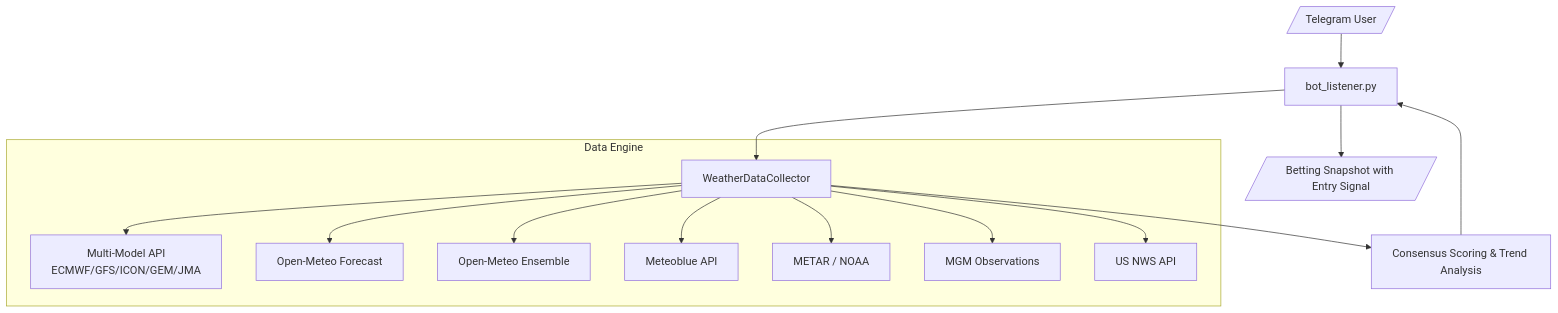
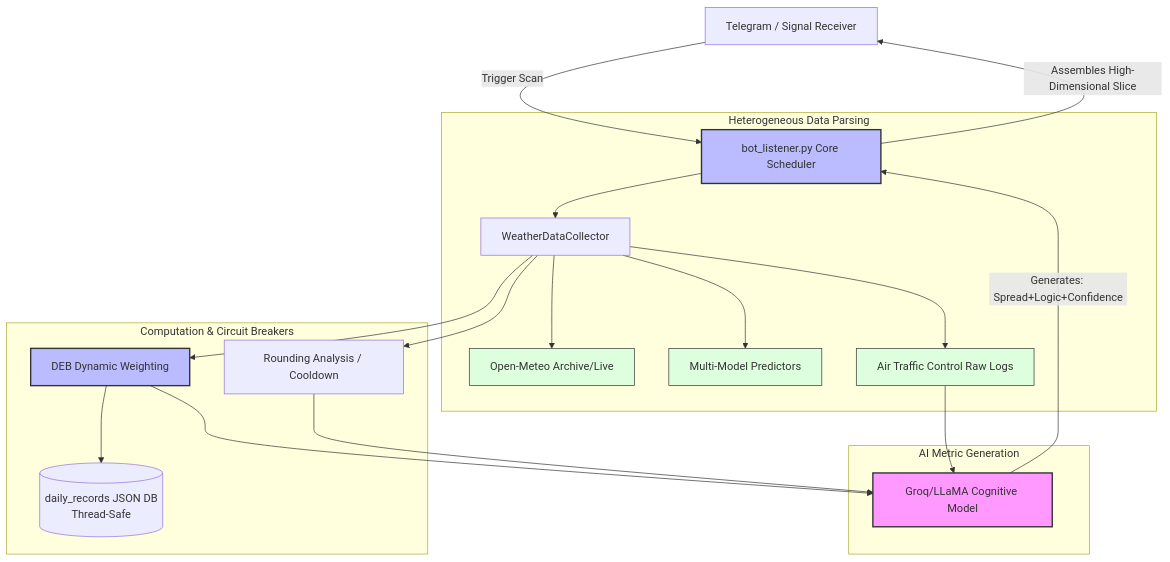
One commit to yangyuan-zhen/PolyWeather changed the diagram in README.md. Above: the diagram before and after it, drawn with Mermaid. The commit also changed other lines of this file, not shown here.

Commit message:
docs: sync english README.md with high-end quant trading focus

````diff
--- a/README.md
+++ b/README.md
@@ -223,19 +110,30 @@
 ```mermaid
 graph TD
-    User[/Telegram User/] --> Bot[bot_listener.py]
-    Bot --> Collector[WeatherDataCollector]
+    classDef ai fill:#f9f,stroke:#333,stroke-width:2px;
+    classDef core fill:#bbf,stroke:#333,stroke-width:2px;
+    classDef data fill:#dfd,stroke:#333,stroke-width:1px;
 
-    subgraph "Data Engine"
-        Collector --> MM[Multi-Model API<br/>ECMWF/GFS/ICON/GEM/JMA]
-        Collector --> OM[Open-Meteo Forecast]
-        Collector --> ENS[Open-Meteo Ensemble]
-        Collector --> MB[Meteoblue API]
-        Collector --> NOAA[METAR / NOAA]
-        Collector --> MGM[MGM Observations]
-        Collector --> NWS[US NWS API]
+    User[Telegram / Signal Receiver] -->|Trigger Scan| Bot[bot_listener.py Core Scheduler]:::core
+
+    subgraph Heterogeneous Data Parsing
+        Bot --> Collector[WeatherDataCollector]
+        Collector --> OM[Open-Meteo Archive/Live]:::data
+        Collector --> MM[Multi-Model Predictors]:::data
+        Collector --> METAR[Air Traffic Control Raw Logs]:::data
     end
 
-    Collector --> Processing[Consensus Scoring & Trend Analysis]
-    Processing --> Bot
-    Bot --> Response[/Betting Snapshot with Entry Signal/]
+    subgraph Computation & Circuit Breakers
+        Collector --> DEB[DEB Dynamic Weighting]:::core
+        DEB --> DB[(daily_records JSON DB<br/>Thread-Safe)]
+        Collector --> Logic[Rounding Analysis / Cooldown]
+    end
+
+    subgraph AI Metric Generation
+        DEB --> AIAnalyzer[Groq/LLaMA Cognitive Model]:::ai
+        Logic --> AIAnalyzer
+        METAR --> AIAnalyzer
+    end
+
+    AIAnalyzer -->|Generates: Spread+Logic+Confidence| Bot
+    Bot -->|Assembles High-Dimensional Slice| User
 ```
````
